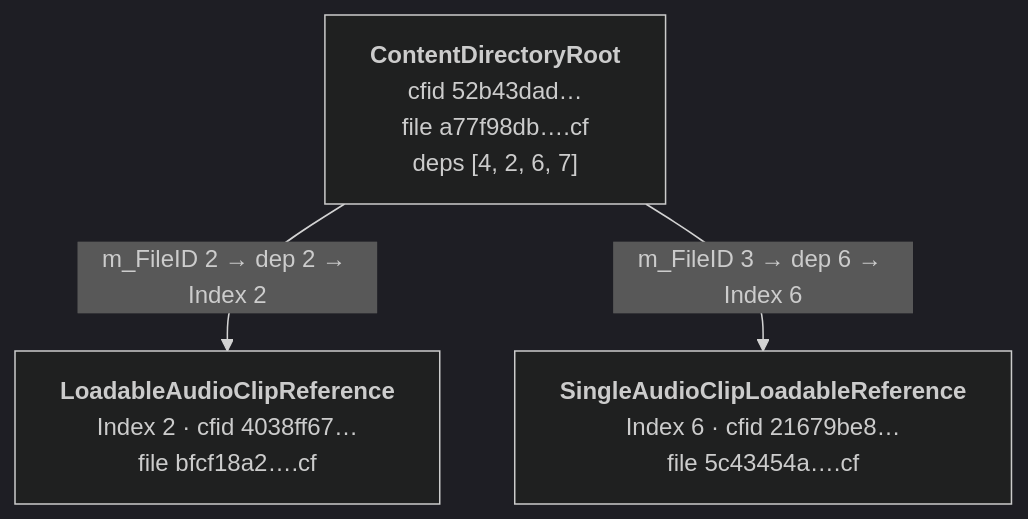
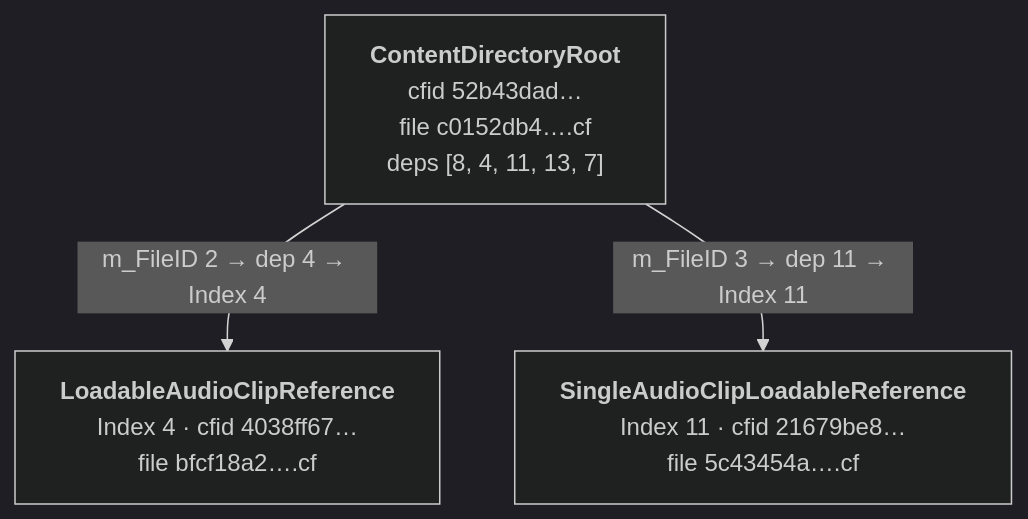
The diagram in Documentation/contentdirectory-format.md (Unity-Technologies/UnityDataTools), drawn with Mermaid (dark theme) before and after one commit. The commit also changed other lines of this file and 47 other files, not shown here.

````diff
--- a/Documentation/contentdirectory-format.md
+++ b/Documentation/contentdirectory-format.md
@@ -214,9 +289,9 @@
 ```mermaid
 flowchart TD
-    Root["<b>ContentDirectoryRoot</b><br/>cfid 52b43dad…<br/>file a77f98db….cf<br/>deps [4, 2, 6, 7]"]
-    Loadable["<b>LoadableAudioClipReference</b><br/>Index 2 · cfid 4038ff67…<br/>file bfcf18a2….cf"]
-    Single["<b>SingleAudioClipLoadableReference</b><br/>Index 6 · cfid 21679be8…<br/>file 5c43454a….cf"]
+    Root["<b>ContentDirectoryRoot</b><br/>cfid 52b43dad…<br/>file c0152db4….cf<br/>deps [8, 4, 11, 13, 7]"]
+    Loadable["<b>LoadableAudioClipReference</b><br/>Index 4 · cfid 4038ff67…<br/>file bfcf18a2….cf"]
+    Single["<b>SingleAudioClipLoadableReference</b><br/>Index 11 · cfid 21679be8…<br/>file 5c43454a….cf"]
 
-    Root -->|"m_FileID 2 → dep 2 → Index 2"| Loadable
-    Root -->|"m_FileID 3 → dep 6 → Index 6"| Single
+    Root -->|"m_FileID 2 → dep 4 → Index 4"| Loadable
+    Root -->|"m_FileID 3 → dep 11 → Index 11"| Single
 ```
````
